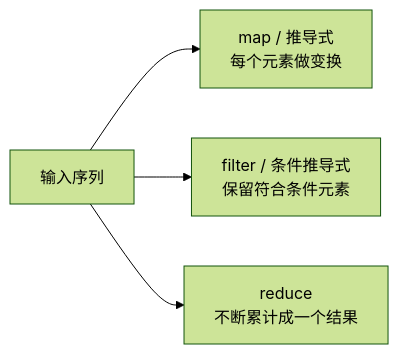
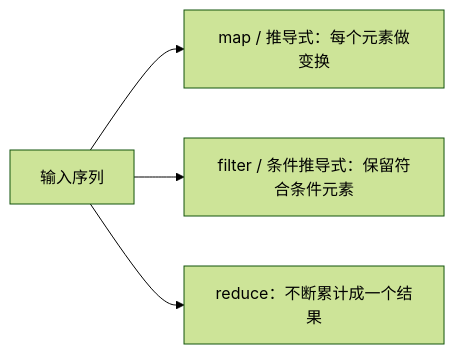
One commit to studyzhige-ui/python-interview-handbook changed the first of 2 diagrams in review/05-lambda-推导式-常用内置函数-图解与自测.md. Above: the diagram before and after it, drawn with Mermaid (forest theme). The commit also changed other lines of this file and 11 other files, not shown here.

First line of the commit message:
fix: repair Mermaid rendering across review chapters

````diff
--- a/review/05-lambda-推导式-常用内置函数-图解与自测.md
+++ b/review/05-lambda-推导式-常用内置函数-图解与自测.md
@@ -7,6 +7,6 @@
 ```mermaid
 flowchart LR
-    DATA[输入序列] --> MAP[map / 推导式<br/>每个元素做变换]
-    DATA --> FILTER[filter / 条件推导式<br/>保留符合条件元素]
-    DATA --> REDUCE[reduce<br/>不断累计成一个结果]
+    DATA["输入序列"] --> MAP["map / 推导式：每个元素做变换"]
+    DATA --> FILTER["filter / 条件推导式：保留符合条件元素"]
+    DATA --> REDUCE["reduce：不断累计成一个结果"]
 ```
````
